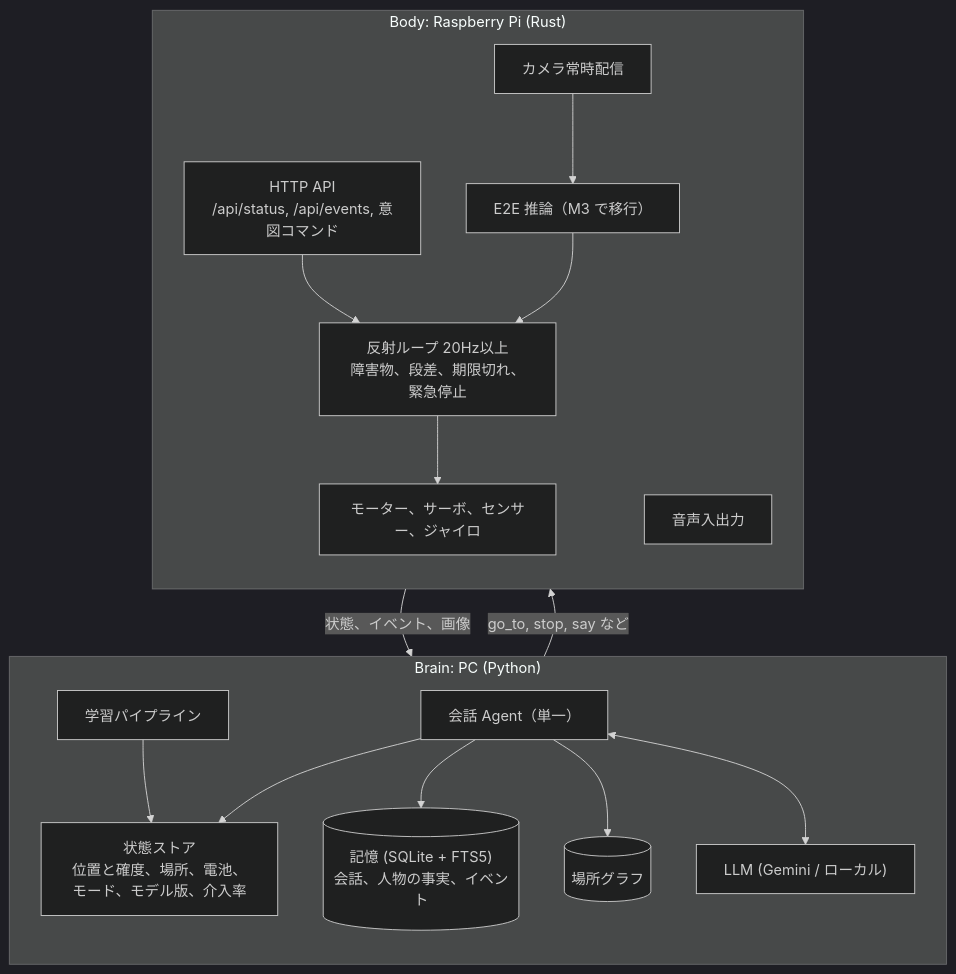
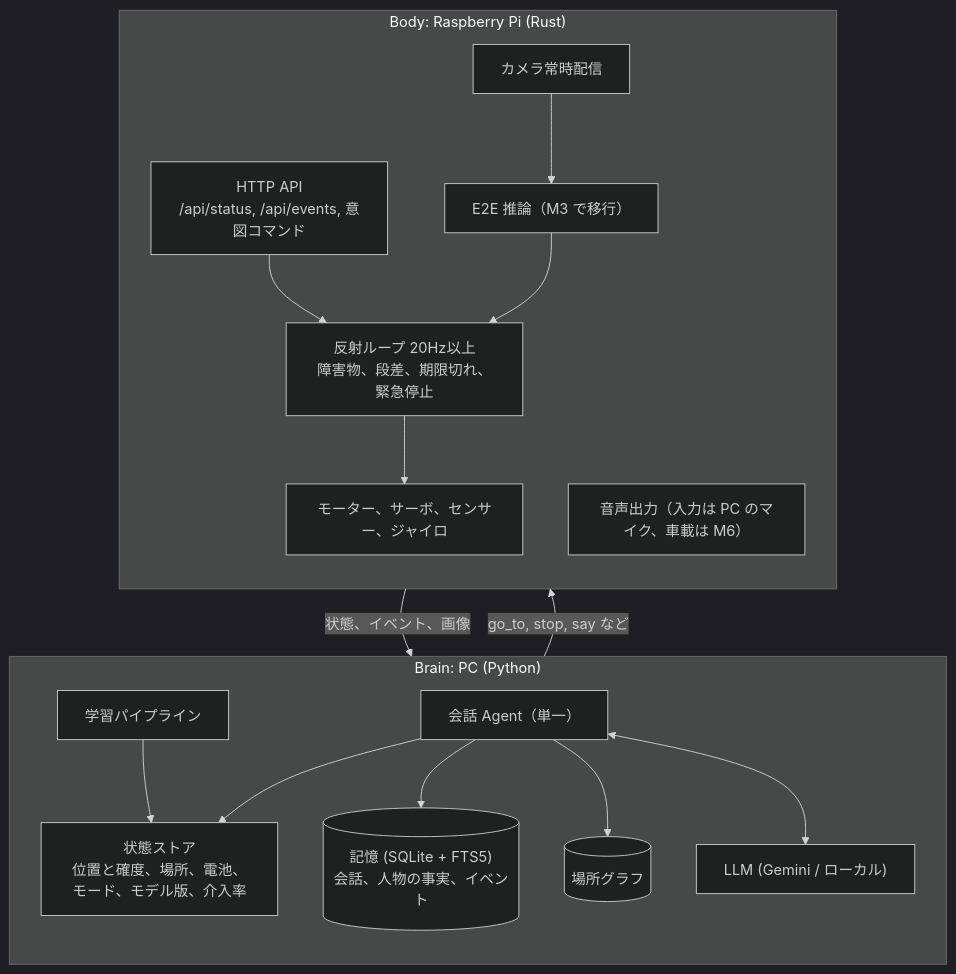
The diagram in agentic_ai_architecture_policy.md (Yuyta/E2E_Driving_PicarX_rspi), drawn with Mermaid (dark theme) before and after one commit. The commit also changed other lines of this file and 5 other files, not shown here.

First line of the commit message:
docs: bring the specs, policy and review findings in line with the roadmap

````diff
--- a/agentic_ai_architecture_policy.md
+++ b/agentic_ai_architecture_policy.md
@@ -24,36 +24,36 @@
 ```mermaid
 flowchart TB
     subgraph Brain["Brain: PC (Python)"]
         direction TB
         Agent["会話 Agent（単一）"]
         State["状態ストア<br>位置と確度、場所、電池、モード、モデル版、介入率"]
         Memory[("記憶 (SQLite + FTS5)<br>会話、人物の事実、イベント")]
         Places[("場所グラフ")]
         Train["学習パイプライン"]
         LLM["LLM (Gemini / ローカル)"]
 
         Agent --> State
         Agent --> Memory
         Agent --> Places
         Agent <--> LLM
         Train --> State
     end
 
     subgraph Body["Body: Raspberry Pi (Rust)"]
         direction TB
         API["HTTP API<br>/api/status, /api/events, 意図コマンド"]
         Reflex["反射ループ 20Hz以上<br>障害物、段差、期限切れ、緊急停止"]
         Drive["E2E 推論（M3 で移行）"]
         Camera["カメラ常時配信"]
-        Audio["音声入出力"]
+        Audio["音声出力（入力は PC のマイク、車載は M6）"]
         HW["モーター、サーボ、センサー、ジャイロ"]
 
         API --> Reflex
         Drive --> Reflex
         Camera --> Drive
         Reflex --> HW
     end
 
     Agent -- "go_to, stop, say など" --> API
     API -- "状態、イベント、画像" --> State
 ```
````
